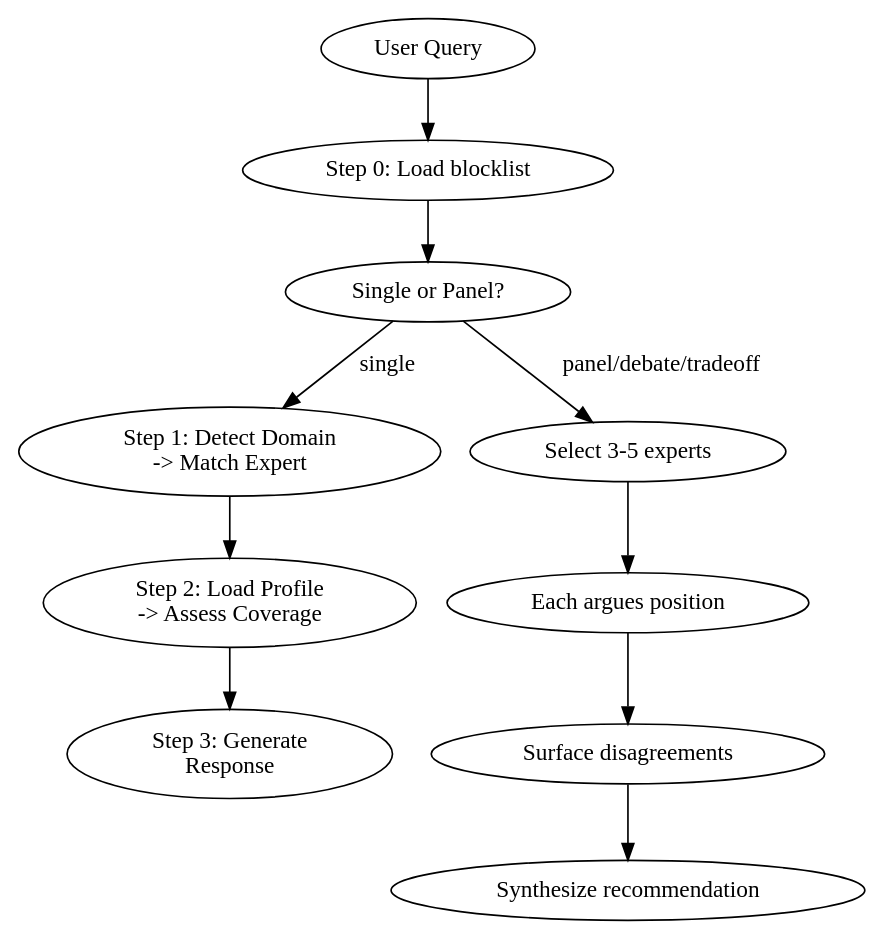
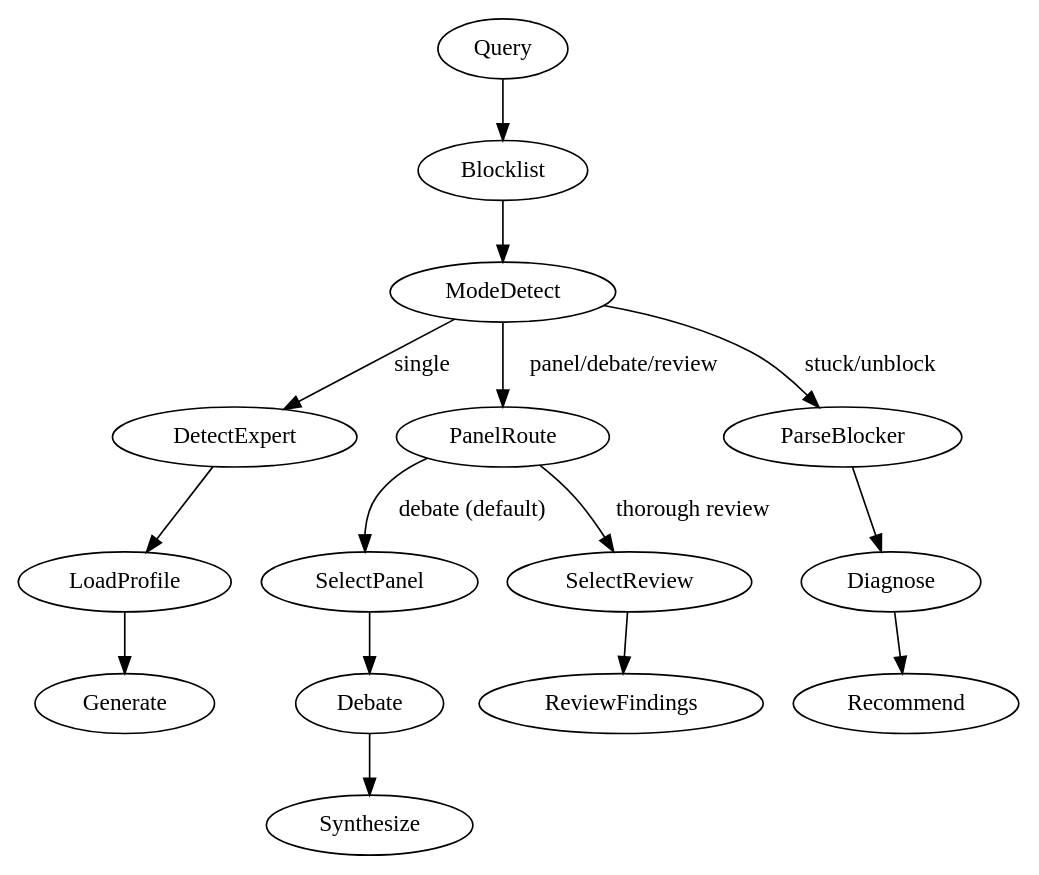
Before and after one commit to saadshahd/moo.md: the diagram in hope/skills/consult/SKILL.md, drawn with Graphviz. The commit also changed other lines of this file and 8 other files, not shown here.

First line of the commit message:
refactor(hope): thin router commands, consult Review Mode, pipeline fixes

````diff
--- a/hope/skills/consult/SKILL.md
+++ b/hope/skills/consult/SKILL.md
@@ -37,20 +24,15 @@
 ```dot
 digraph ConsultWorkflow {
   rankdir=TB
-  Input [label="User Query"]
-  Blocklist [label="Step 0: Load blocklist"]
-  ModeDetect [label="Single or Panel?"]
-  Detect [label="Step 1: Detect Domain\n-> Match Expert"]
-  Infer [label="Step 2: Load Profile\n-> Assess Coverage"]
-  Generate [label="Step 3: Generate\nResponse"]
-  PanelSelect [label="Select 3-5 experts"]
-  Debate [label="Each argues position"]
-  Tension [label="Surface disagreements"]
-  Synth [label="Synthesize recommendation"]
-  Input -> Blocklist -> ModeDetect
-  ModeDetect -> Detect [label="single"]
-  ModeDetect -> PanelSelect [label="panel/debate/tradeoff"]
-  Detect -> Infer -> Generate
-  PanelSelect -> Debate -> Tension -> Synth
+  Query -> Blocklist -> ModeDetect
+  ModeDetect -> DetectExpert [label="single"]
+  ModeDetect -> PanelRoute [label="panel/debate/review"]
+  ModeDetect -> ParseBlocker [label="stuck/unblock"]
+  DetectExpert -> LoadProfile -> Generate
+  PanelRoute -> SelectPanel [label="debate (default)"]
+  PanelRoute -> SelectReview [label="thorough review"]
+  SelectPanel -> Debate -> Synthesize
+  SelectReview -> ReviewFindings
+  ParseBlocker -> Diagnose -> Recommend
 }
 ```
````
